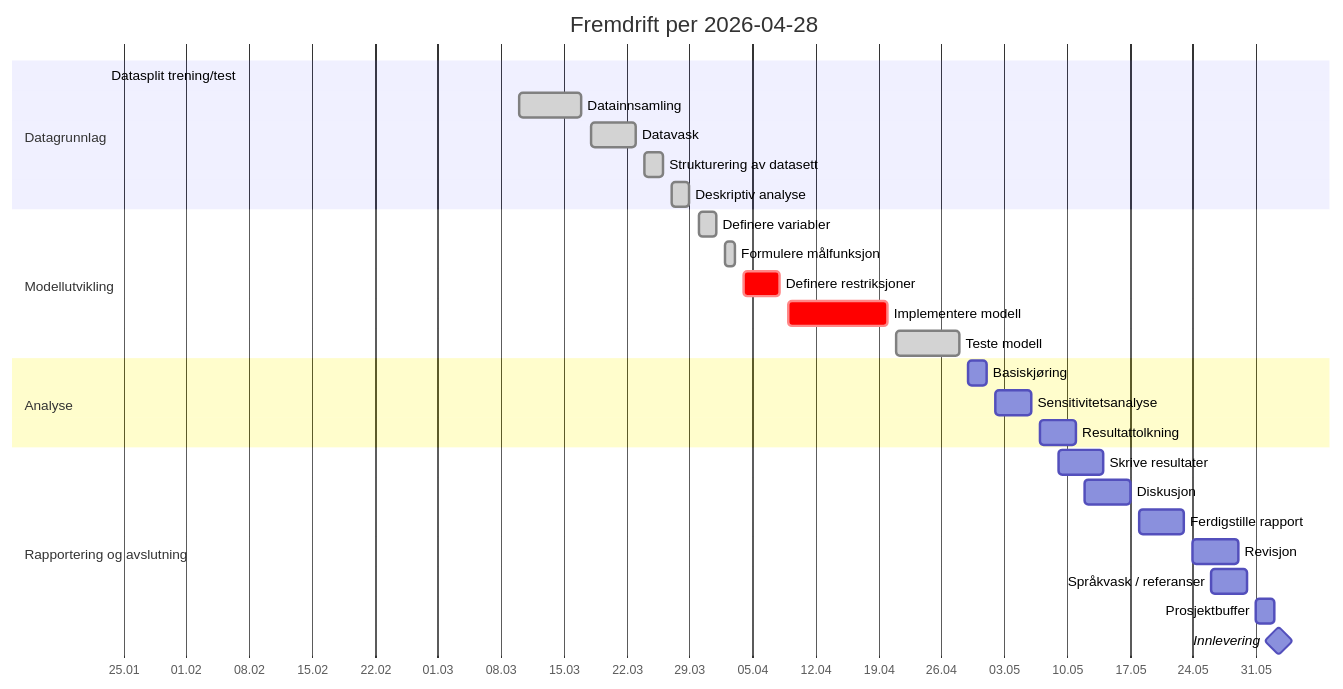
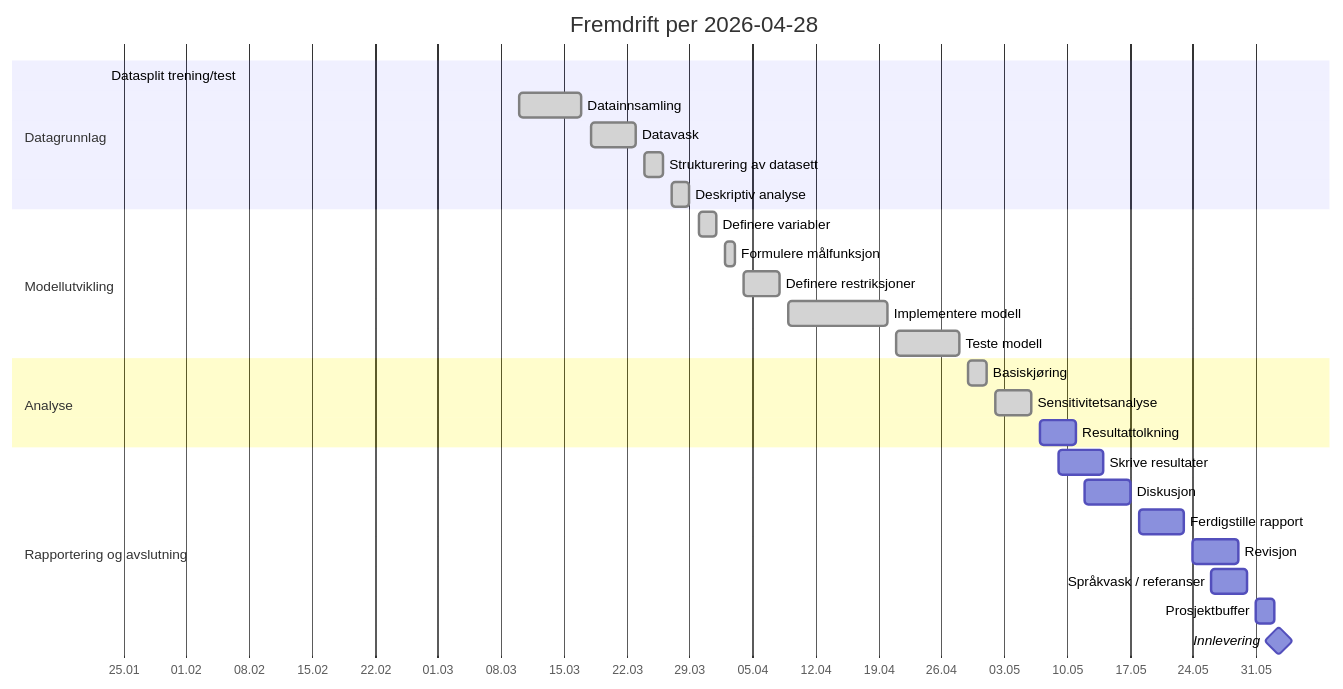
Before and after one commit to LOG650/G21-sespamalstreken-chablis: the diagram in 012 fase 2 - plan/status.md, drawn with Mermaid. The commit also changed other lines of this file and 27 other files, not shown here.

````diff
--- a/012 fase 2 - plan/status.md
+++ b/012 fase 2 - plan/status.md
@@ -134,34 +136,34 @@
 ```mermaid
 gantt
     title Fremdrift per 2026-04-28
     dateFormat  YYYY-MM-DD
     axisFormat  %d.%m
 
     section Datagrunnlag
     Datasplit trening/test        :done, a0, 2026-01-23, 2026-01-23
     Datainnsamling                 :done, a1, 2026-03-10, 2026-03-17
     Datavask                       :done, a2, 2026-03-18, 2026-03-23
     Strukturering av datasett      :done, a3, 2026-03-24, 2026-03-26
     Deskriptiv analyse             :done, a4, 2026-03-27, 2026-03-29
 
     section Modellutvikling
     Definere variabler             :done, b1, 2026-03-30, 2026-04-01
     Formulere målfunksjon          :done, b2, 2026-04-02, 2026-04-03
-    Definere restriksjoner         :crit, b3, 2026-04-04, 2026-04-08
-    Implementere modell            :crit, b4, 2026-04-09, 2026-04-20
+    Definere restriksjoner         :done, b3, 2026-04-04, 2026-04-08
+    Implementere modell            :done, b4, 2026-04-09, 2026-04-20
     Teste modell                   :done, b5, 2026-04-21, 2026-04-28
 
     section Analyse
-    Basiskjøring                   :c1, 2026-04-29, 2026-05-01
-    Sensitivitetsanalyse           :c2, 2026-05-02, 2026-05-06
+    Basiskjøring                   :done, c1, 2026-04-29, 2026-05-01
+    Sensitivitetsanalyse           :done, c2, 2026-05-02, 2026-05-06
     Resultattolkning               :c3, 2026-05-07, 2026-05-11
 
     section Rapportering og avslutning
     Skrive resultater              :d1, 2026-05-09, 2026-05-14
     Diskusjon                      :d2, 2026-05-12, 2026-05-17
     Ferdigstille rapport           :d3, 2026-05-18, 2026-05-23
     Revisjon                       :d4, 2026-05-24, 2026-05-29
     Språkvask / referanser         :d5, 2026-05-26, 2026-05-30
     Prosjektbuffer                 :d6, 2026-05-31, 2026-06-02
     Innlevering                    :milestone, d7, 2026-06-02, 1d
 ```
````
